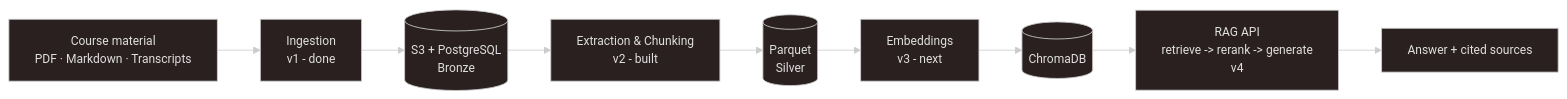
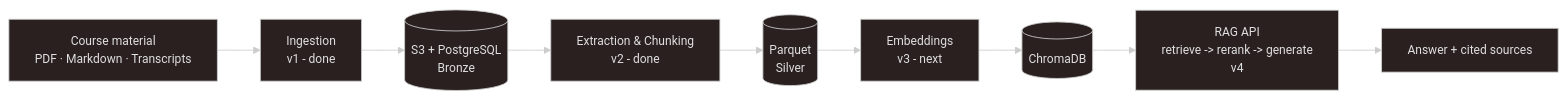
The diagram in README.md (JohnnyHyytiainen/project3-kms), drawn with Mermaid before and after one commit.

Commit message:
docs(readme): update README flowchart with v2 - done

````diff
--- a/README.md
+++ b/README.md
@@ -19,15 +19,15 @@
 ```mermaid
 ---
 config:
   theme: neo-dark
 ---
 flowchart LR
     SRC["Course material<br/>PDF · Markdown · Transcripts"] --> ING["Ingestion<br/>v1 - done"]
     ING --> BRONZE[("S3 + PostgreSQL<br/>Bronze")]
-    BRONZE --> EXT["Extraction & Chunking<br/>v2 - built"]
+    BRONZE --> EXT["Extraction & Chunking<br/>v2 - done"]
     EXT --> SILVER[("Parquet<br/>Silver")]
     SILVER --> EMB["Embeddings<br/>v3 - next"]
     EMB --> VDB[("ChromaDB")]
     VDB --> API["RAG API<br/>retrieve -> rerank -> generate<br/>v4"]
     API --> OUT["Answer + cited sources"]
 ```
````
